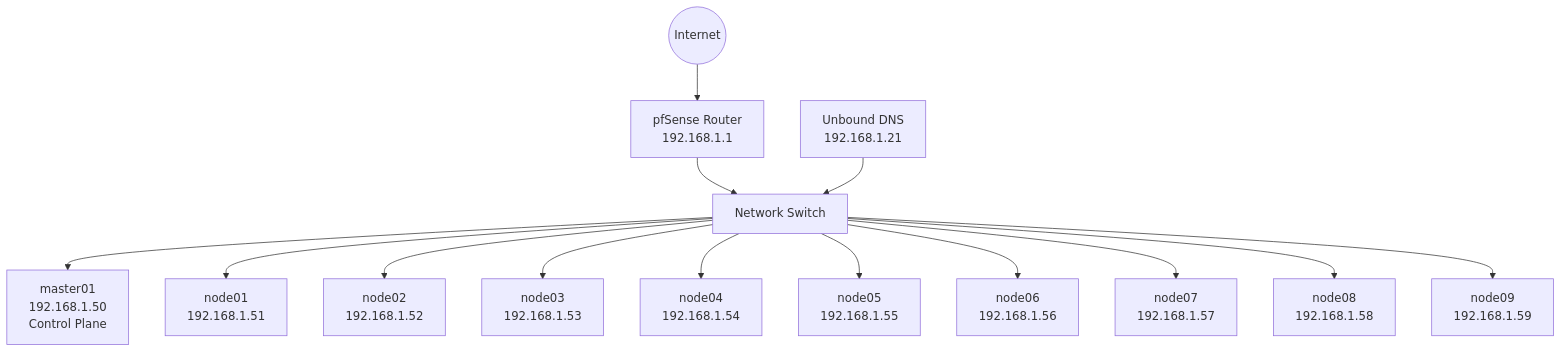
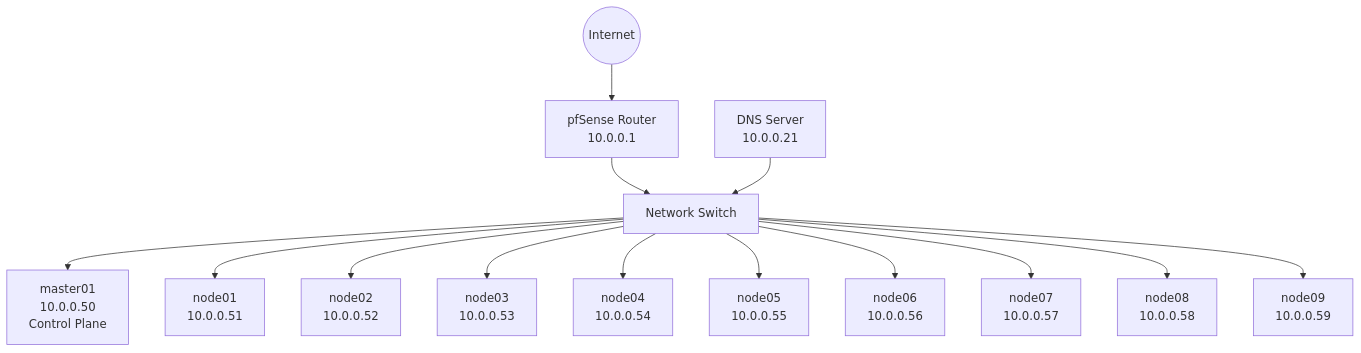
One commit to NikolajHansen/raspberry-pi-k3s-cluster changed the first of 3 diagrams in README.md. Above: the diagram before and after it, drawn with Mermaid. The commit also changed other lines of this file, not shown here.

Commit message:
Anonymise README: replace real IPs and hostnames with examples

````diff
--- a/README.md
+++ b/README.md
@@ -29,32 +29,32 @@
 ```mermaid
 graph TD
     internet((Internet))
-    pfsense[pfSense Router\n192.168.1.1]
+    pfsense[pfSense Router\n10.0.0.1]
     switch[Network Switch]
-    dns[Unbound DNS\n192.168.1.21]
+    dns[DNS Server\n10.0.0.21]
 
-    master[master01\n192.168.1.50\nControl Plane]
-    node1[node01\n192.168.1.51]
-    node2[node02\n192.168.1.52]
-    node3[node03\n192.168.1.53]
-    node4[node04\n192.168.1.54]
-    node5[node05\n192.168.1.55]
-    node6[node06\n192.168.1.56]
-    node7[node07\n192.168.1.57]
-    node8[node08\n192.168.1.58]
-    node9[node09\n192.168.1.59]
+    master[master01\n10.0.0.50\nControl Plane]
+    node1[node01\n10.0.0.51]
+    node2[node02\n10.0.0.52]
+    node3[node03\n10.0.0.53]
+    node4[node04\n10.0.0.54]
+    node5[node05\n10.0.0.55]
+    node6[node06\n10.0.0.56]
+    node7[node07\n10.0.0.57]
+    node8[node08\n10.0.0.58]
+    node9[node09\n10.0.0.59]
 
     internet --> pfsense
     pfsense --> switch
     dns --> switch
     switch --> master
     switch --> node1
     switch --> node2
     switch --> node3
     switch --> node4
     switch --> node5
     switch --> node6
     switch --> node7
     switch --> node8
     switch --> node9
 ```
````
